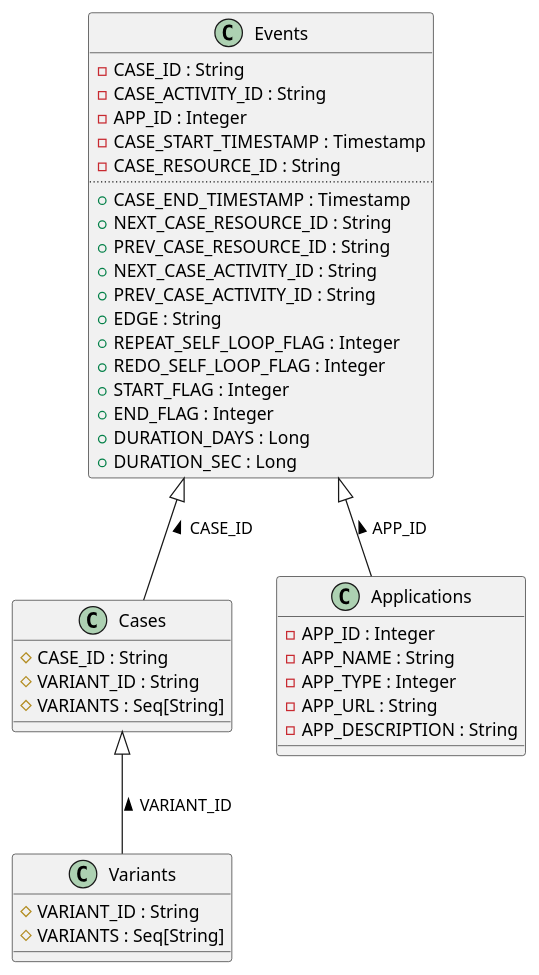
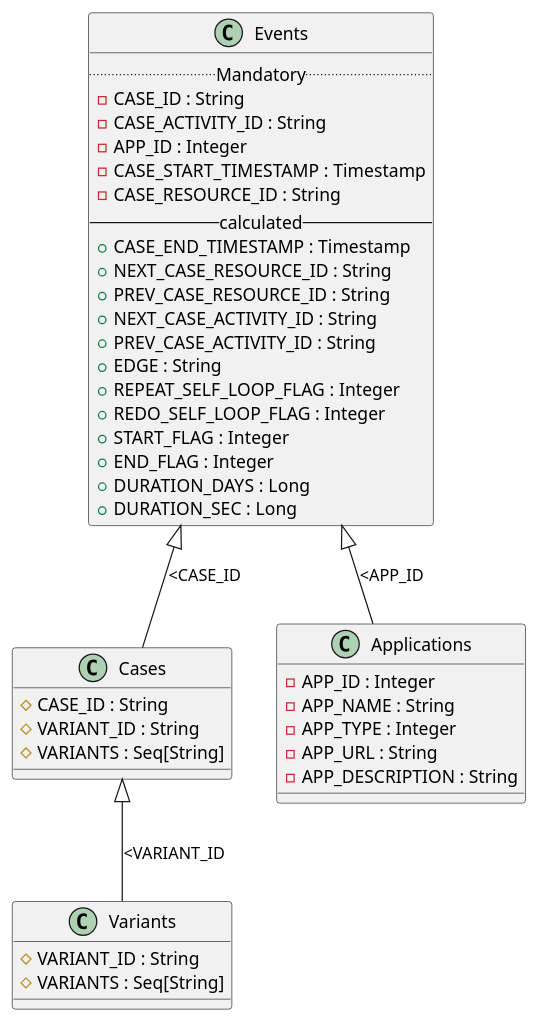
Before and after one commit to fcenedes/flows: the diagram in flow.md, drawn with PlantUML.

Commit message:
update flows

```diff
--- a/flow.md
+++ b/flow.md
@@ -20,48 +20,49 @@
 @startuml
 
 class Events {
+   .. Mandatory ..
    -CASE_ID : String
    -CASE_ACTIVITY_ID : String
    -APP_ID : Integer
    -CASE_START_TIMESTAMP : Timestamp
    -CASE_RESOURCE_ID : String
-   ..
+   -- calculated --
    +CASE_END_TIMESTAMP : Timestamp
    +NEXT_CASE_RESOURCE_ID : String
    +PREV_CASE_RESOURCE_ID : String
    +NEXT_CASE_ACTIVITY_ID : String
    +PREV_CASE_ACTIVITY_ID : String
    +EDGE : String
    +REPEAT_SELF_LOOP_FLAG : Integer
    +REDO_SELF_LOOP_FLAG : Integer
    +START_FLAG : Integer
    +END_FLAG : Integer
    +DURATION_DAYS : Long
    +DURATION_SEC : Long  
 }
 
 class Cases {
   #CASE_ID : String
   #VARIANT_ID : String
   #VARIANTS : Seq[String]
 }
 
 class Variants {
    #VARIANT_ID : String
    #VARIANTS : Seq[String]
 }
 
 class Applications {
    -APP_ID : Integer
    -APP_NAME : String
    -APP_TYPE : Integer
    -APP_URL : String
    -APP_DESCRIPTION : String
 }
 
 
-Events <|-- Cases : < CASE_ID
-Cases <|-- Variants : < VARIANT_ID
-Events <|-- Applications : < APP_ID
+Events <|-- Cases : <CASE_ID
+Cases <|-- Variants : <VARIANT_ID
+Events <|-- Applications : <APP_ID
 
 @enduml
```
